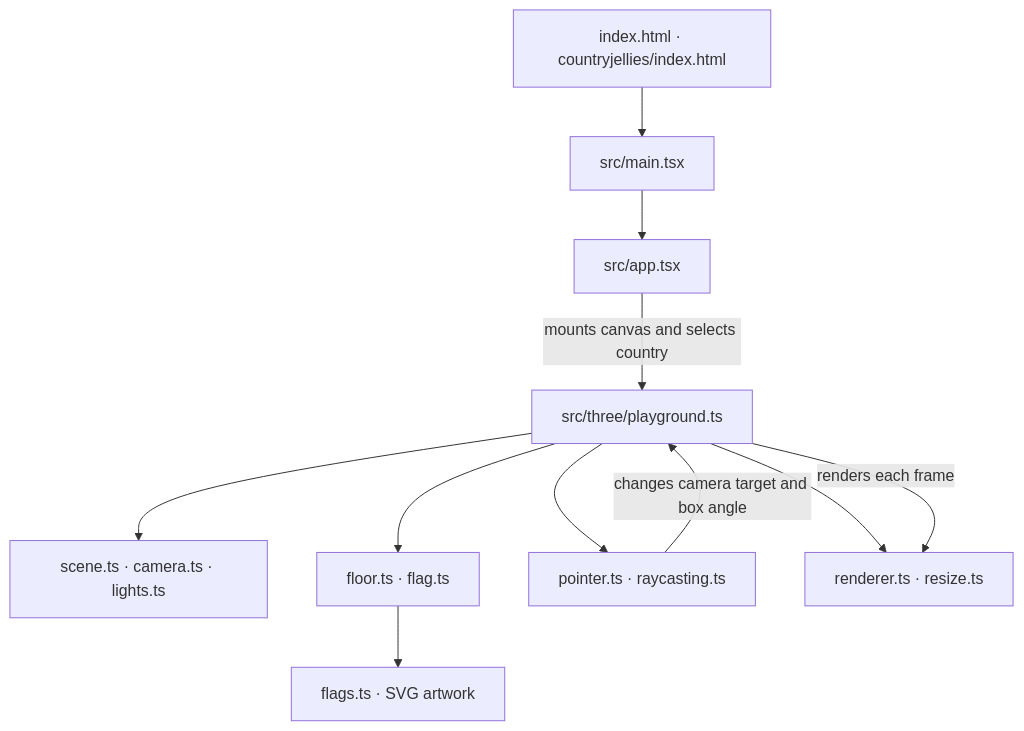
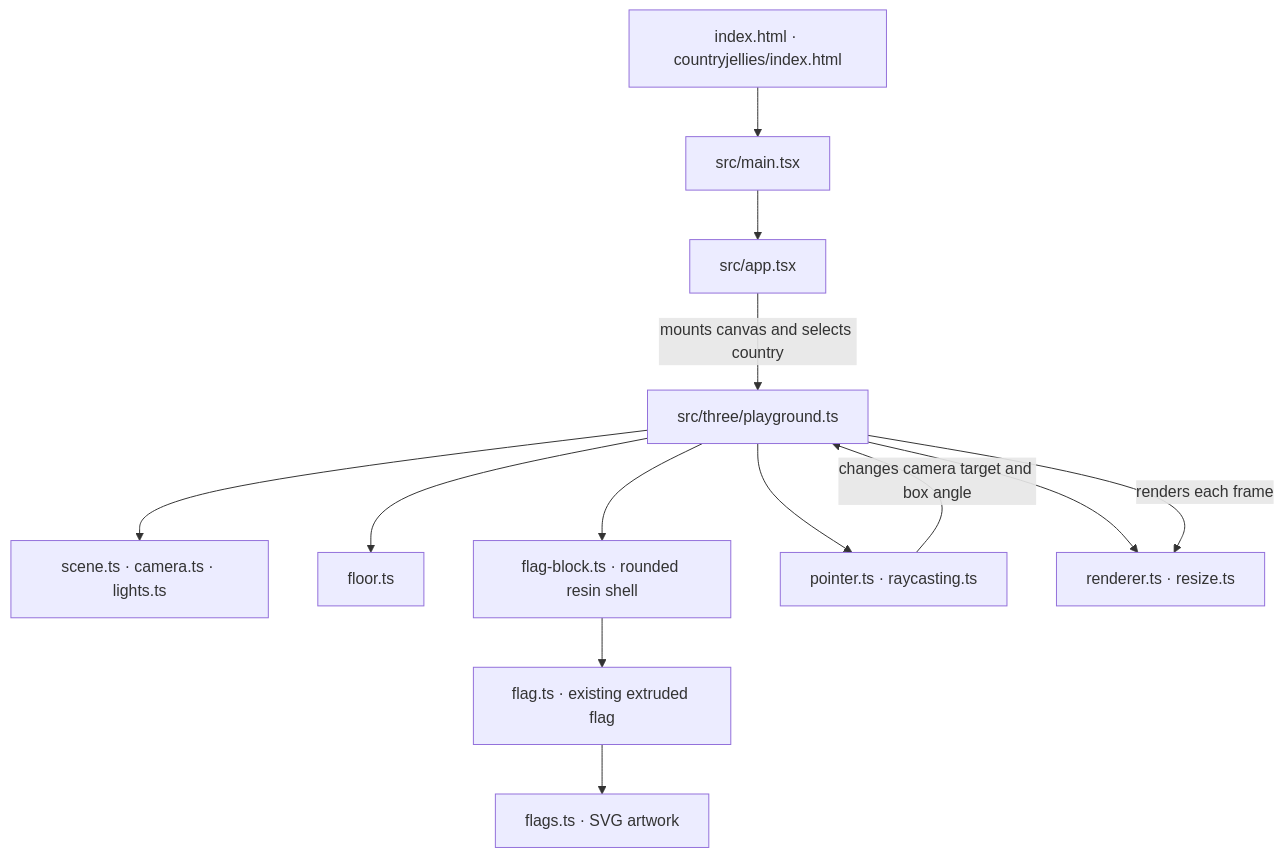
One commit to arvikachristy/semesta changed the diagram in README.md. Above: the diagram before and after it, drawn with Mermaid. The commit also changed other lines of this file and 5 other files, not shown here.

Commit message:
feat: surround flags with translucent rounded jelly blocks

````diff
--- a/README.md
+++ b/README.md
@@ -28,13 +30,15 @@
 ```mermaid
 flowchart TD
   html["index.html · countryjellies/index.html"] --> main["src/main.tsx"]
   main --> app["src/app.tsx"]
   app -->|mounts canvas and selects country| playground["src/three/playground.ts"]
   playground --> scene["scene.ts · camera.ts · lights.ts"]
-  playground --> objects["floor.ts · flag.ts"]
-  objects --> data["flags.ts · SVG artwork"]
+  playground --> floor["floor.ts"]
+  playground --> block["flag-block.ts · rounded resin shell"]
+  block --> flag["flag.ts · existing extruded flag"]
+  flag --> data["flags.ts · SVG artwork"]
   playground --> input["pointer.ts · raycasting.ts"]
   playground --> output["renderer.ts · resize.ts"]
   input -->|changes camera target and box angle| playground
   playground -->|renders each frame| output
 ```
````
